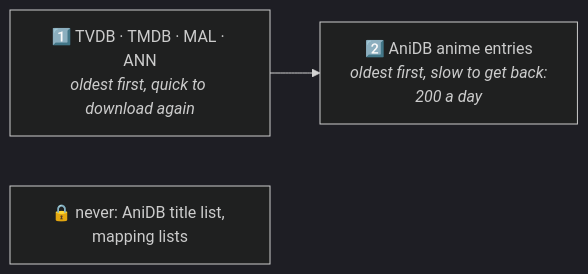
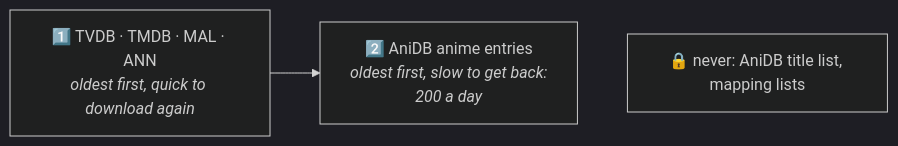
Before and after one commit to KurtzPT/kizuna: the fifth of 6 diagrams in SETUP.md, drawn with Mermaid (dark theme). The commit also changed other lines of this file and 4 other files, not shown here.

````diff
--- a/SETUP.md
+++ b/SETUP.md
@@ -348,5 +348,6 @@
 ```mermaid
 flowchart LR
     A["1️⃣ TVDB · TMDB · MAL · ANN<br/><i>oldest first, quick to download again</i>"] --> B["2️⃣ AniDB anime entries<br/><i>oldest first, slow to get back:<br/>200 a day</i>"]
     N["🔒 never: AniDB title list, mapping lists"]
+    B ~~~ N
 ```
````
